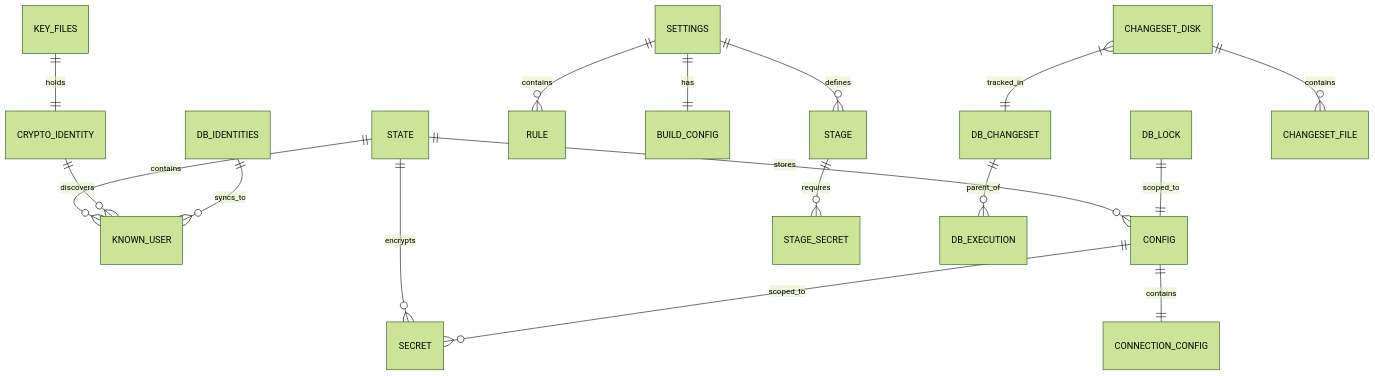
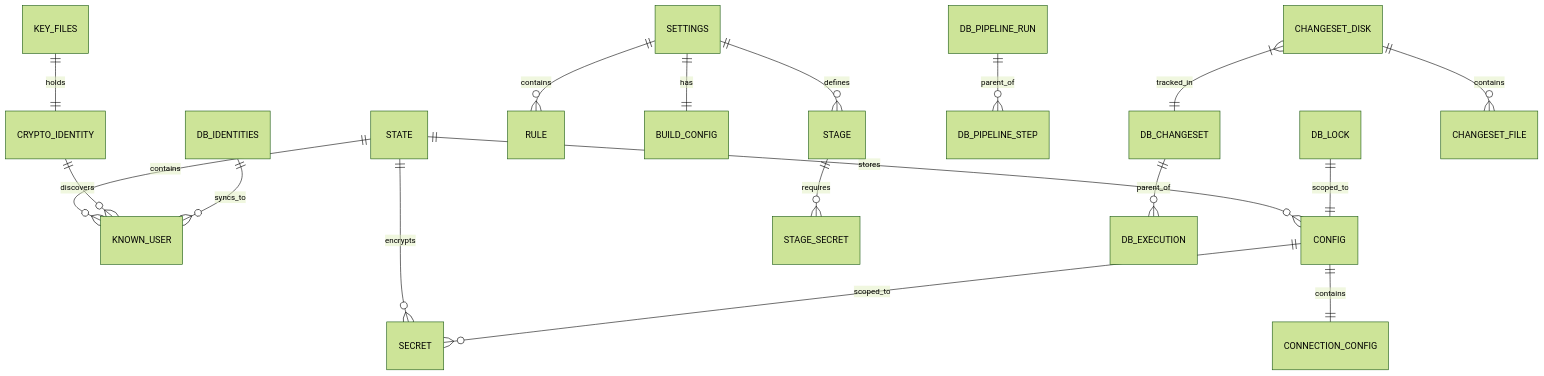
Before and after one commit to noormdev/noorm: the diagram in docs/dev/datamodel.md, drawn with Mermaid (forest theme). The commit also changed other lines of this file and 557 other files, not shown here.

````diff
--- a/docs/dev/datamodel.md
+++ b/docs/dev/datamodel.md
@@ -21,24 +21,25 @@
 ```mermaid
 erDiagram
     STATE ||--o{ KNOWN_USER : contains
     STATE ||--o{ CONFIG : stores
     STATE ||--o{ SECRET : encrypts
 
     KEY_FILES ||--|| CRYPTO_IDENTITY : holds
     CRYPTO_IDENTITY ||--o{ KNOWN_USER : discovers
 
     CONFIG ||--|| CONNECTION_CONFIG : contains
     CONFIG ||--o{ SECRET : scoped_to
 
     SETTINGS ||--o{ STAGE : defines
     SETTINGS ||--o{ RULE : contains
     SETTINGS ||--|| BUILD_CONFIG : has
     STAGE ||--o{ STAGE_SECRET : requires
 
     DB_CHANGESET ||--o{ DB_EXECUTION : parent_of
+    DB_PIPELINE_RUN ||--o{ DB_PIPELINE_STEP : parent_of
     DB_LOCK ||--|| CONFIG : scoped_to
     DB_IDENTITIES ||--o{ KNOWN_USER : syncs_to
 
     CHANGESET_DISK ||--o{ CHANGESET_FILE : contains
     CHANGESET_DISK }|--|| DB_CHANGESET : tracked_in
 ```
````
